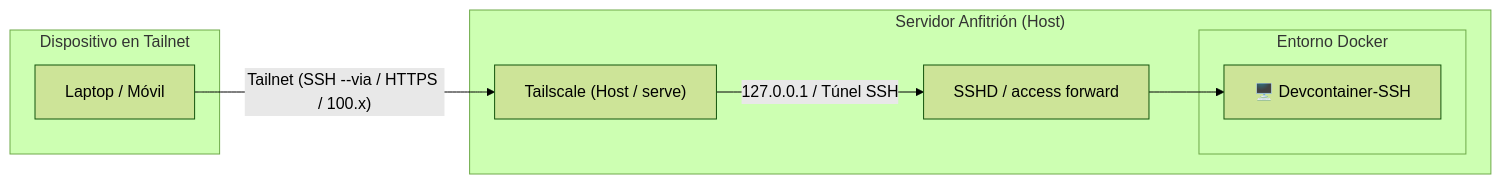
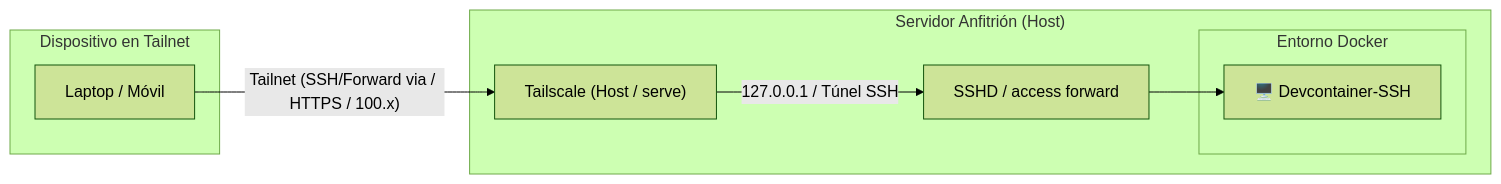
One commit to Joacohbc/my-devcontainer-installer changed the fourth of 4 diagrams in README.md. Above: the diagram before and after it, drawn with Mermaid (forest theme). The commit also changed other lines of this file and 9 other files, not shown here.

````diff
--- a/README.md
+++ b/README.md
@@ -211,19 +211,19 @@
 ```mermaid
 graph LR
     subgraph Client["Dispositivo en Tailnet"]
         Browser["Laptop / Móvil"]
     end
 
     subgraph Server["Servidor Anfitrión (Host)"]
         TS["Tailscale (Host / serve)"]
         SSHD["SSHD / access forward"]
 
         subgraph DockerEnv["Entorno Docker"]
             DevContainer["🖥️ Devcontainer-SSH"]
         end
     end
 
-    Browser -- "Tailnet (SSH --via / HTTPS / 100.x)" --> TS
+    Browser -- "Tailnet (SSH/Forward via / HTTPS / 100.x)" --> TS
     TS -- "127.0.0.1 / Túnel SSH" --> SSHD
     SSHD --> DevContainer
 ```
````
